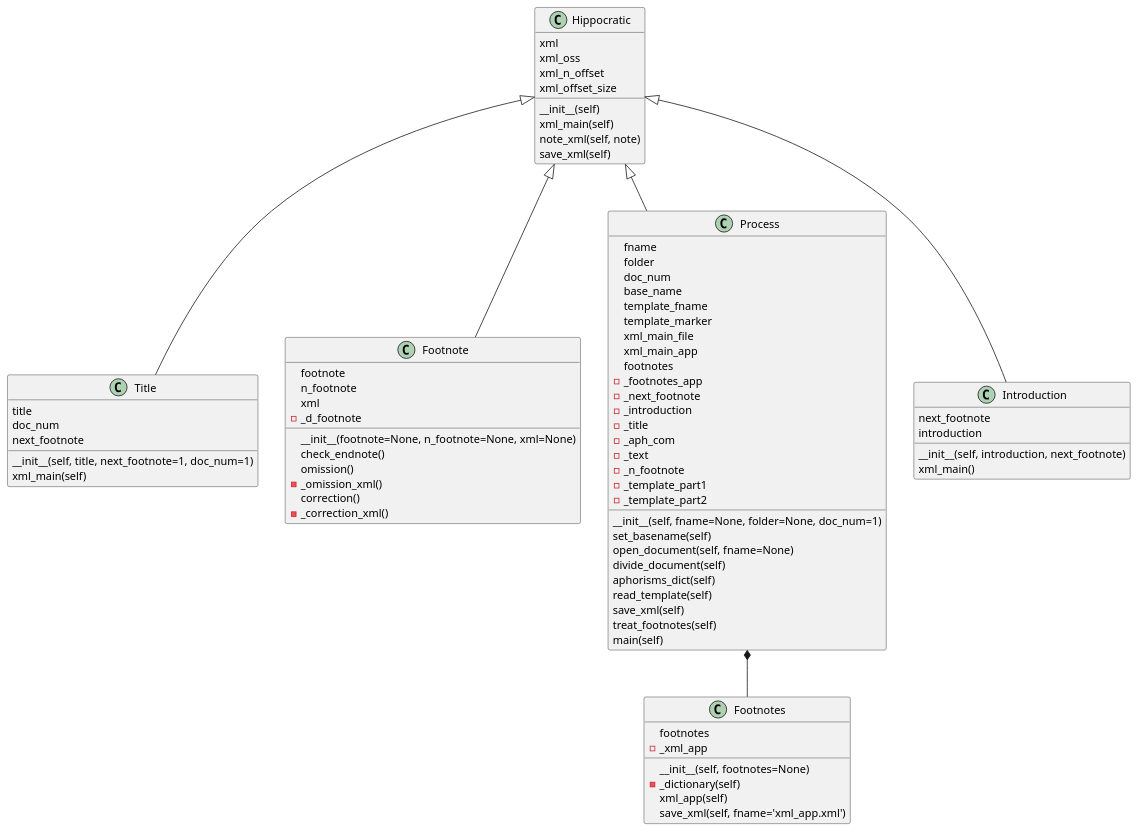
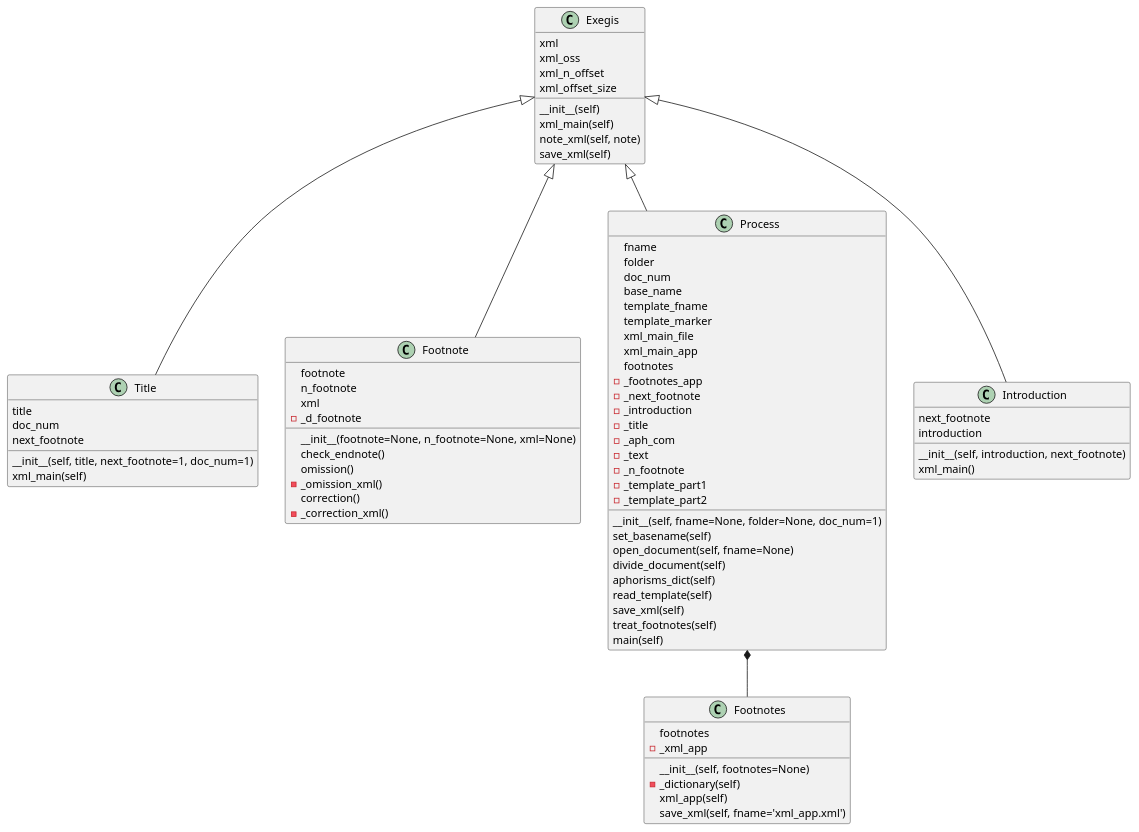
One commit to gruel/AphorismToTEI changed the diagram in docs/source/uml.rst. Above: the diagram before and after it, drawn with PlantUML. The commit also changed other lines of this file and 26 other files, not shown here.

```diff
--- a/docs/source/uml.rst
+++ b/docs/source/uml.rst
@@ -14,6 +14,6 @@
 .. uml::
 
-    class Hippocratic {
+    class Exegis {
         xml
         xml_oss
         xml_n_offset
@@ -98,9 +98,9 @@
         xml_main()
     }
 
-    Hippocratic <|-- Title
-    Hippocratic <|-- Footnote
-    Hippocratic <|-- Process
-    Hippocratic <|-- Introduction
+    Exegis <|-- Title
+    Exegis <|-- Footnote
+    Exegis <|-- Process
+    Exegis <|-- Introduction
 
     Process *-- Footnotes
```
